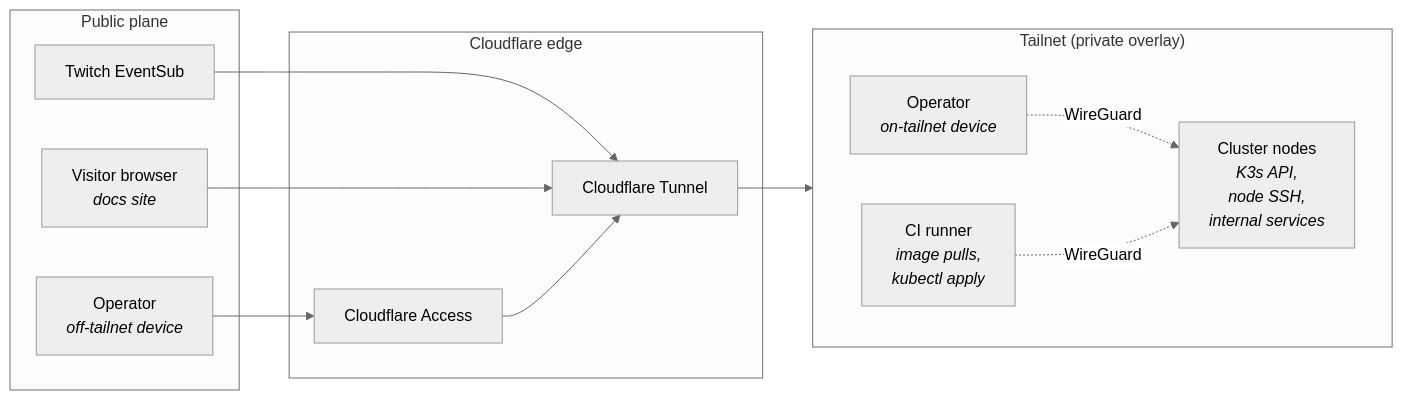
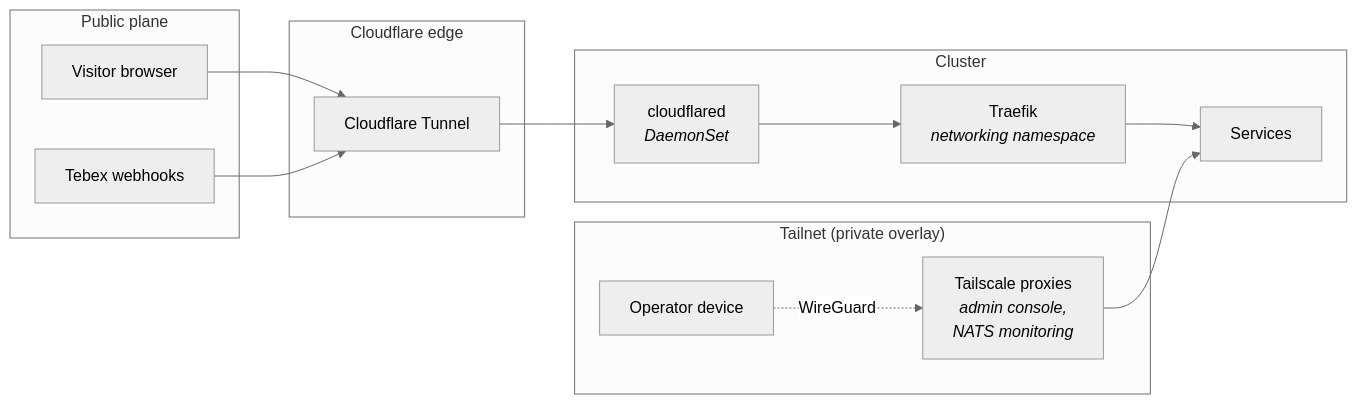
The diagram in web/docs/src/content/docs/infrastructure/networking.md (AdamOusmer/ItsBagelBot), drawn with Mermaid (neutral theme) before and after one commit. The commit also changed other lines of this file and 97 other files, not shown here.

````diff
--- a/web/docs/src/content/docs/infrastructure/networking.md
+++ b/web/docs/src/content/docs/infrastructure/networking.md
@@ -14,29 +14,31 @@
 ```mermaid
 flowchart LR
     subgraph Public["Public plane"]
-        Twitch[Twitch EventSub]
-        Browser["Visitor browser<br/><i>docs site</i>"]
-        OperatorOff["Operator<br/><i>off-tailnet device</i>"]
+        Browser["Visitor browser"]
+        Tebex["Tebex webhooks"]
     end
 
     subgraph Edge["Cloudflare edge"]
         Tunnel[Cloudflare Tunnel]
-        Access[Cloudflare Access]
+    end
+
+    subgraph Cluster["Cluster"]
+        Cloudflared["cloudflared<br/><i>DaemonSet</i>"]
+        Traefik["Traefik<br/><i>networking namespace</i>"]
+        Services["Services"]
     end
 
     subgraph Tailnet["Tailnet (private overlay)"]
-        direction LR
-        Nodes["Cluster nodes<br/><i>K3s API,<br/>node SSH,<br/>internal services</i>"]
-        OperatorOn["Operator<br/><i>on-tailnet device</i>"]
-        Runner["CI runner<br/><i>image pulls,<br/>kubectl apply</i>"]
+        OperatorOn["Operator device"]
+        Proxies["Tailscale proxies<br/><i>admin console,<br/>NATS monitoring</i>"]
     end
 
-    Twitch --> Tunnel
     Browser --> Tunnel
-    OperatorOff --> Access
-    Access --> Tunnel
-    Tunnel --> Nodes
+    Tebex --> Tunnel
+    Tunnel --> Cloudflared
+    Cloudflared --> Traefik
+    Traefik --> Services
 
-    OperatorOn -. WireGuard .-> Nodes
-    Runner -. WireGuard .-> Nodes
+    OperatorOn -. WireGuard .-> Proxies
+    Proxies --> Services
 ```
````
